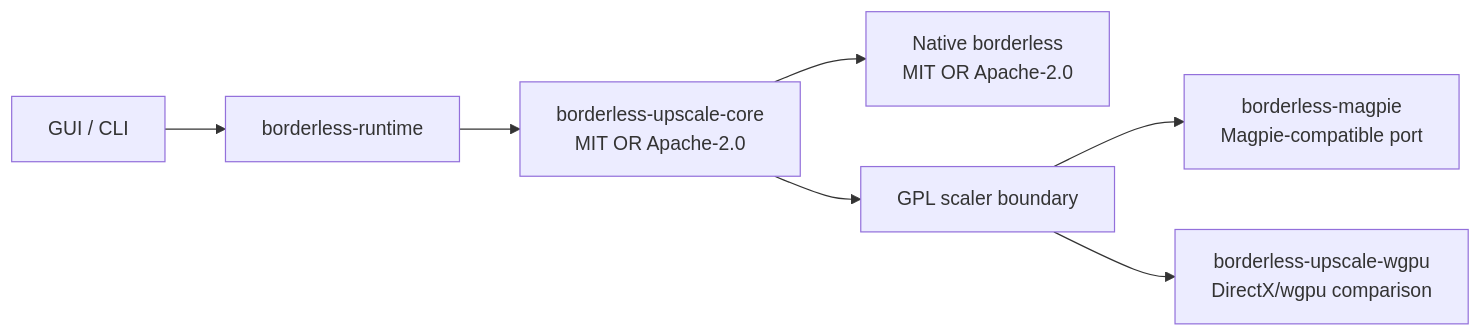
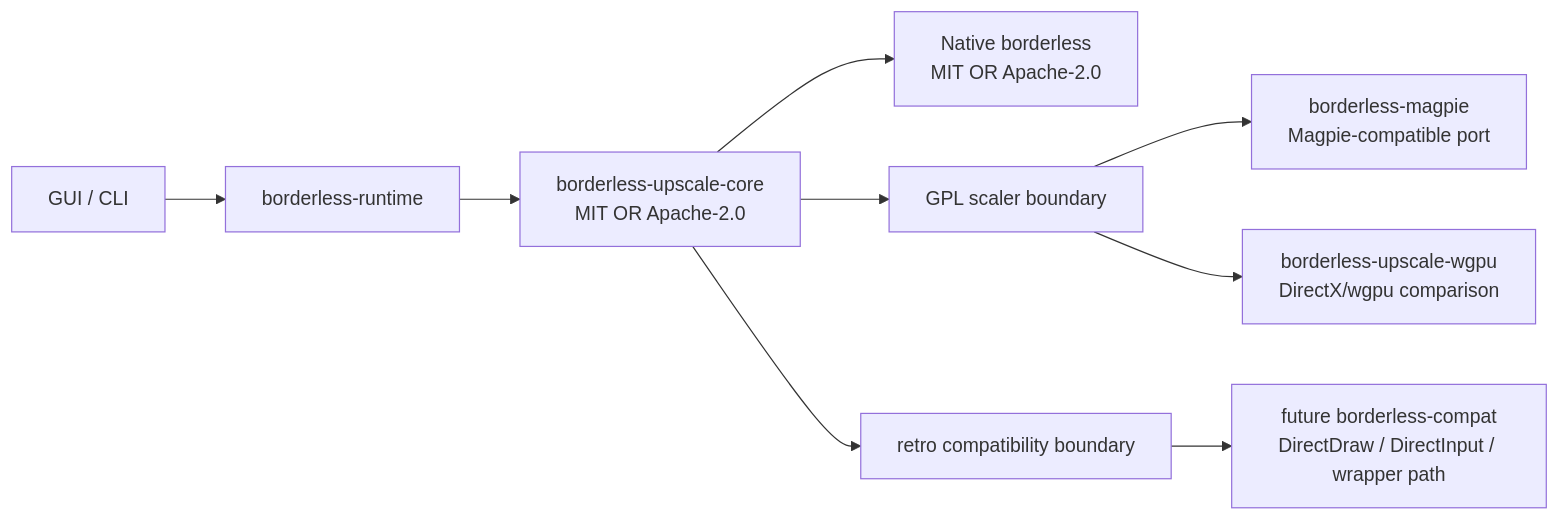
Before and after one commit to Sanzentyo/borderless-rs: the first of 3 diagrams in docs/upscale-integration-plan.md, drawn with Mermaid. The commit also changed other lines of this file and 1 other file, not shown here.

Commit message:
upscale: model retro compatibility layer

````diff
--- a/docs/upscale-integration-plan.md
+++ b/docs/upscale-integration-plan.md
@@ -7,9 +7,11 @@
 ```mermaid
 flowchart LR
     App["GUI / CLI"] --> Runtime["borderless-runtime"]
     Runtime --> Core["borderless-upscale-core\nMIT OR Apache-2.0"]
     Core --> Native["Native borderless\nMIT OR Apache-2.0"]
     Core --> GPL["GPL scaler boundary"]
     GPL --> Magpie["borderless-magpie\nMagpie-compatible port"]
     GPL --> Wgpu["borderless-upscale-wgpu\nDirectX/wgpu comparison"]
+    Core --> Compat["retro compatibility boundary"]
+    Compat --> Legacy["future borderless-compat\nDirectDraw / DirectInput / wrapper path"]
 ```
````
